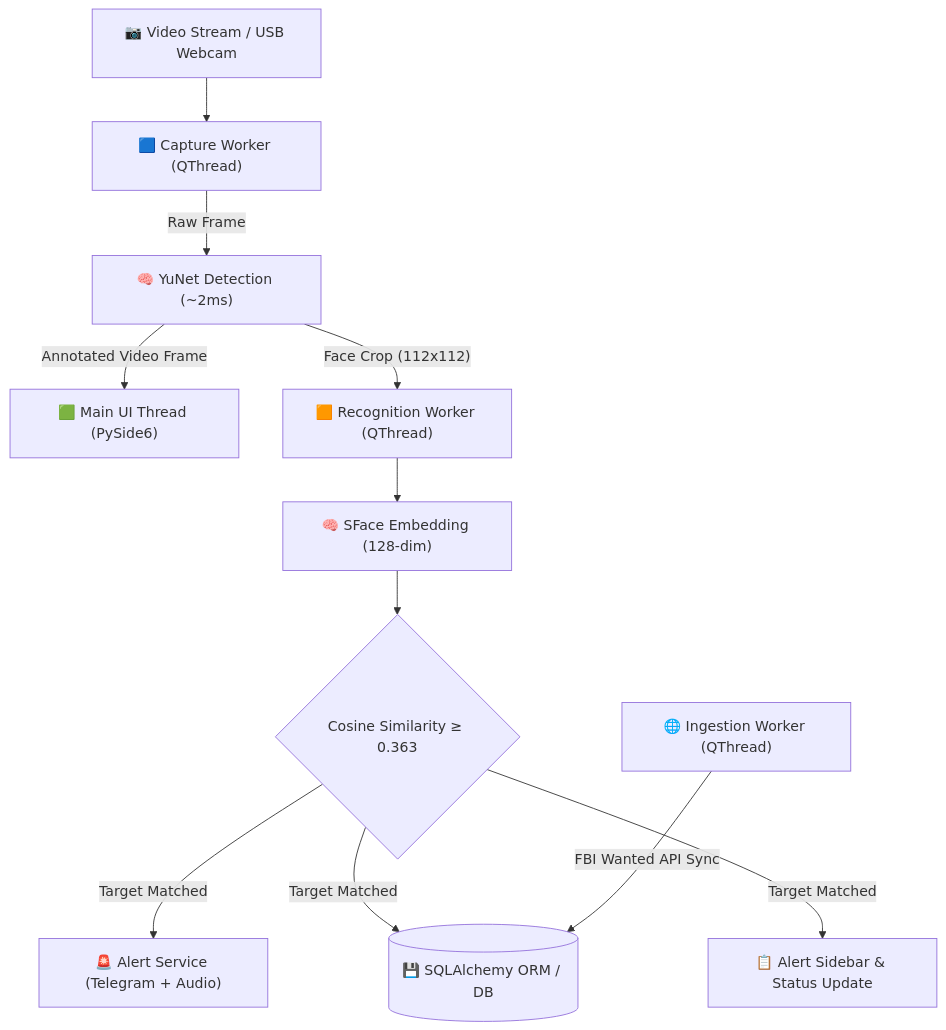
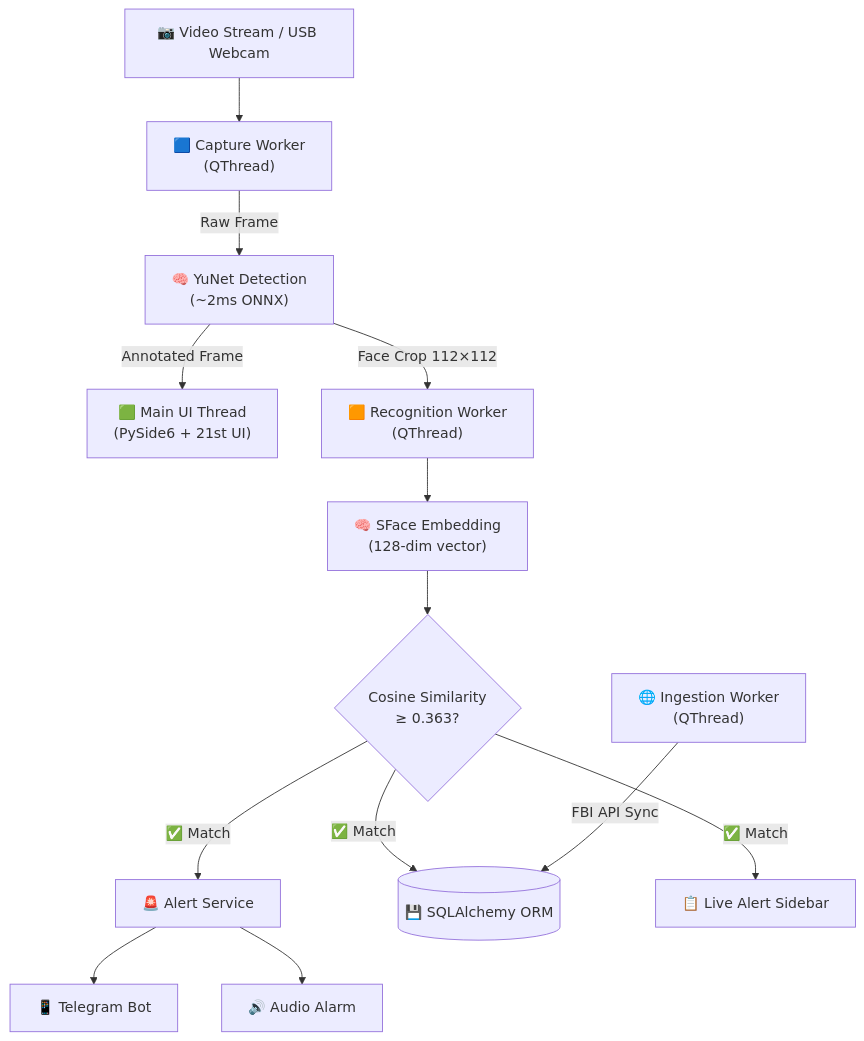
The first of 2 diagrams in README.md (sachinxrg/DrishtiX), drawn with Mermaid before and after one commit. The commit also changed other lines of this file and 109 other files, not shown here.

````diff
--- a/README.md
+++ b/README.md
@@ -130,13 +221,15 @@
 ```mermaid
 flowchart TD
-    CAM["📷 Video Stream / USB Webcam"] --> CW["🟦 Capture Worker (QThread)"]
-    CW -->|"Raw Frame"| YUNET["🧠 YuNet Detection (~2ms)"]
-    YUNET -->|"Annotated Video Frame"| UI["🟩 Main UI Thread (PySide6)"]
-    YUNET -->|"Face Crop (112x112)"| RW["🟧 Recognition Worker (QThread)"]
-    RW --> SFACE["🧠 SFace Embedding (128-dim)"]
-    SFACE --> MATCH{"Cosine Similarity ≥ 0.363"}
-    MATCH -- "Target Matched" --> ALERT["🚨 Alert Service (Telegram + Audio)"]
-    MATCH -- "Target Matched" --> DB[("💾 SQLAlchemy ORM / DB")]
-    MATCH -- "Target Matched" --> UI_ALERT["📋 Alert Sidebar & Status Update"]
-    IW["🌐 Ingestion Worker (QThread)"] -->|"FBI Wanted API Sync"| DB
+    CAM["📷 Video Stream / USB Webcam"] --> CW["🟦 Capture Worker<br/>(QThread)"]
+    CW -->|"Raw Frame"| YUNET["🧠 YuNet Detection<br/>(~2ms ONNX)"]
+    YUNET -->|"Annotated Frame"| UI["🟩 Main UI Thread<br/>(PySide6 + 21st UI)"]
+    YUNET -->|"Face Crop 112×112"| RW["🟧 Recognition Worker<br/>(QThread)"]
+    RW --> SFACE["🧠 SFace Embedding<br/>(128-dim vector)"]
+    SFACE --> MATCH{"Cosine Similarity<br/>≥ 0.363?"}
+    MATCH -- "✅ Match" --> ALERT["🚨 Alert Service"]
+    MATCH -- "✅ Match" --> DB[("💾 SQLAlchemy ORM")]
+    MATCH -- "✅ Match" --> UI_ALERT["📋 Live Alert Sidebar"]
+    IW["🌐 Ingestion Worker<br/>(QThread)"] -->|"FBI API Sync"| DB
+    ALERT --> TG["📱 Telegram Bot"]
+    ALERT --> AUDIO["🔊 Audio Alarm"]
 ```
````
